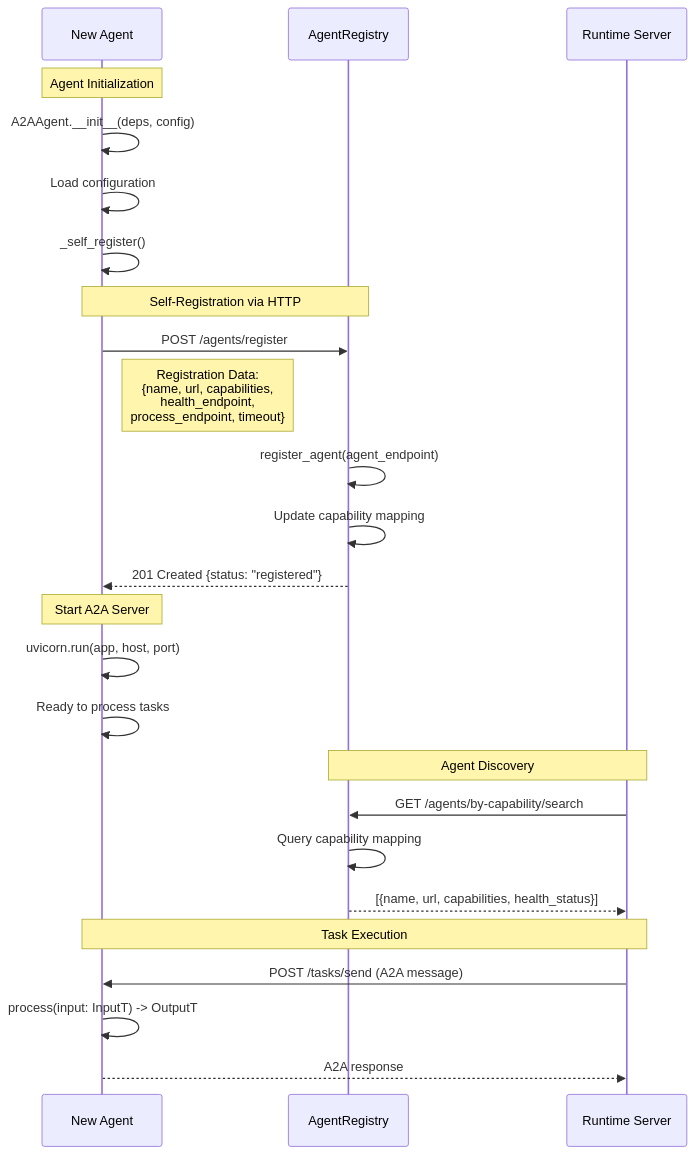
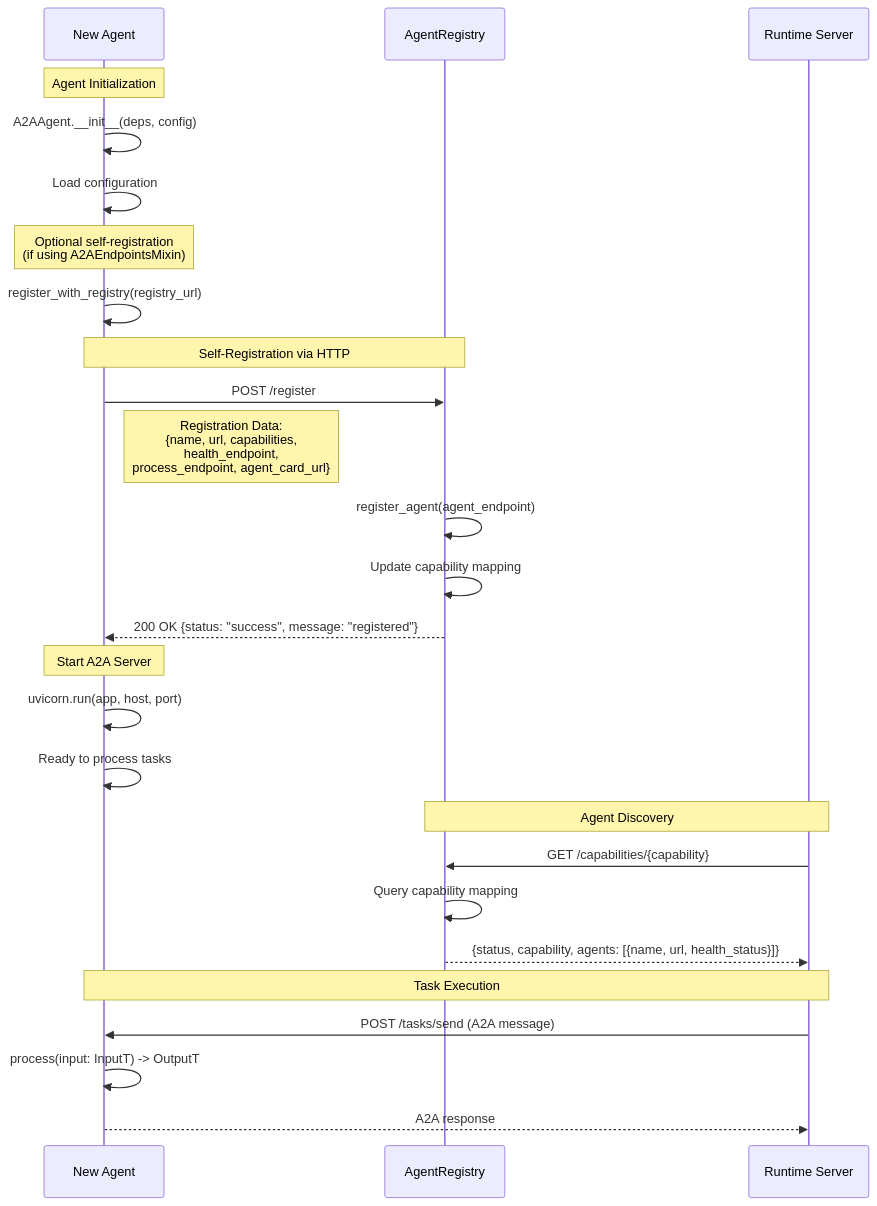
Before and after one commit to amit-jain/cogniverse: the first of 8 diagrams in docs/architecture/multi-agent-interactions.md, drawn with Mermaid. The commit also changed other lines of this file and 83 other files, not shown here.

First line of the commit message:
Fix documentation veracity, formatting, and diagrams across all modules

````diff
--- a/docs/architecture/multi-agent-interactions.md
+++ b/docs/architecture/multi-agent-interactions.md
@@ -57,33 +60,34 @@
 ```mermaid
 sequenceDiagram
     participant Agent as New Agent
     participant Registry as AgentRegistry
     participant Runtime as Runtime Server
 
     Note over Agent: Agent Initialization
     Agent->>Agent: A2AAgent.__init__(deps, config)
     Agent->>Agent: Load configuration
-    Agent->>Agent: _self_register()
+    Note over Agent: Optional self-registration<br/>(if using A2AEndpointsMixin)
+    Agent->>Agent: register_with_registry(registry_url)
 
     Note over Agent,Registry: Self-Registration via HTTP
-    Agent->>Registry: POST /agents/register
-    Note right of Agent: Registration Data:<br/>{name, url, capabilities,<br/>health_endpoint,<br/>process_endpoint, timeout}
+    Agent->>Registry: POST /register
+    Note right of Agent: Registration Data:<br/>{name, url, capabilities,<br/>health_endpoint,<br/>process_endpoint, agent_card_url}
 
     Registry->>Registry: register_agent(agent_endpoint)
     Registry->>Registry: Update capability mapping
-    Registry-->>Agent: 201 Created {status: "registered"}
+    Registry-->>Agent: 200 OK {status: "success", message: "registered"}
 
     Note over Agent: Start A2A Server
     Agent->>Agent: uvicorn.run(app, host, port)
     Agent->>Agent: Ready to process tasks
 
     Note over Runtime,Registry: Agent Discovery
-    Runtime->>Registry: GET /agents/by-capability/search
+    Runtime->>Registry: GET /capabilities/{capability}
     Registry->>Registry: Query capability mapping
-    Registry-->>Runtime: [{name, url, capabilities, health_status}]
+    Registry-->>Runtime: {status, capability, agents: [{name, url, health_status}]}
 
     Note over Runtime,Agent: Task Execution
     Runtime->>Agent: POST /tasks/send (A2A message)
     Agent->>Agent: process(input: InputT) -> OutputT
     Agent-->>Runtime: A2A response
 ```
````
